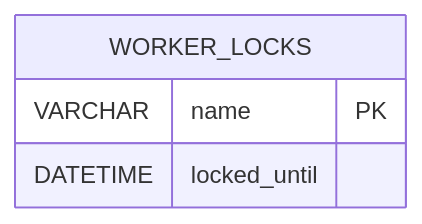
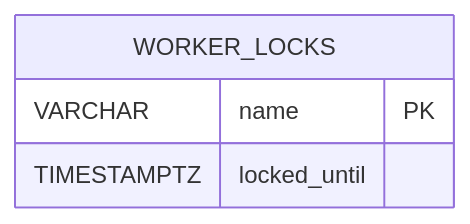
Before and after one commit to blackcatdatabase/table-worker-locks: the diagram in README.md, drawn with Mermaid. The commit also changed other lines of this file and 25 other files, not shown here.

First line of the commit message:
Regen schema (#1)

````diff
--- a/README.md
+++ b/README.md
@@ -45,7 +48,7 @@
 ```mermaid
 erDiagram
   WORKER_LOCKS {
     VARCHAR name PK
-    DATETIME locked_until
+    TIMESTAMPTZ locked_until
   }
 ```
````
